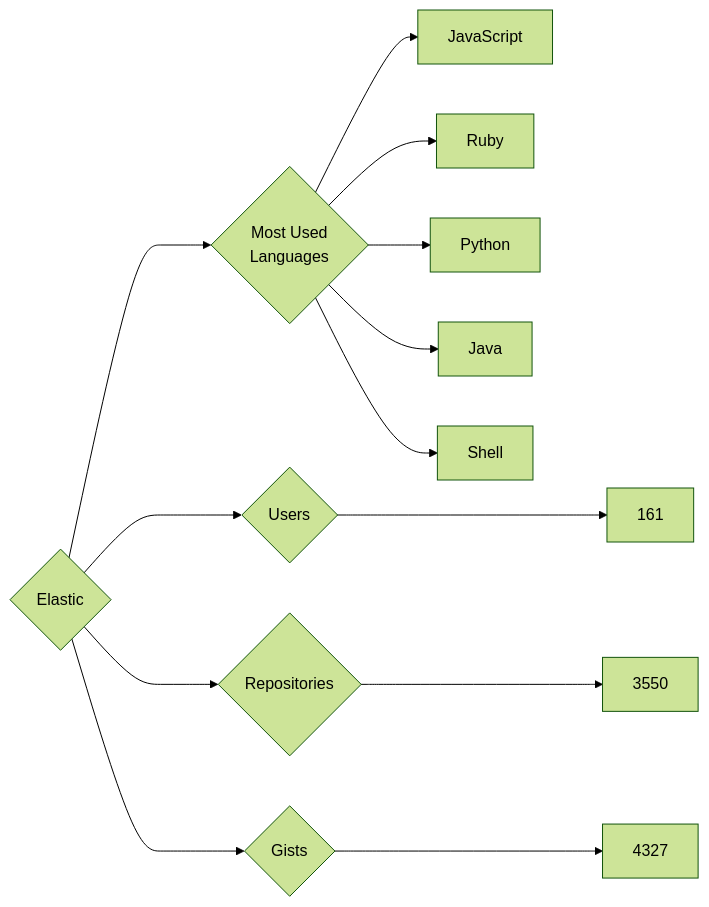
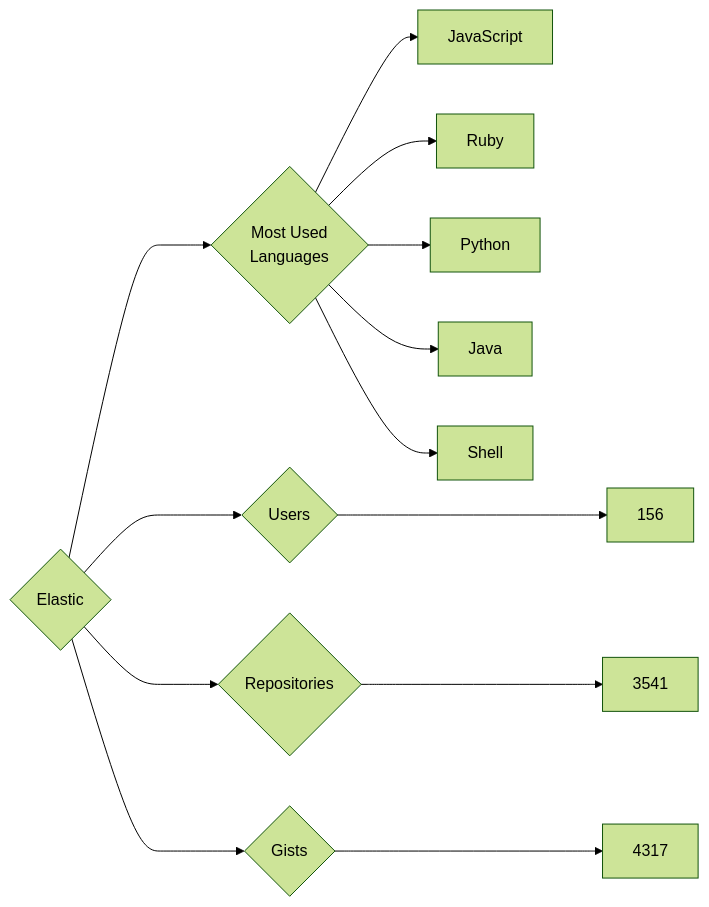
One commit to trickest/insiders changed the diagram in targets/Elastic/README.md. Above: the diagram before and after it, drawn with Mermaid (forest theme). The commit also changed 757 other files, not shown here.

````diff
--- a/targets/Elastic/README.md
+++ b/targets/Elastic/README.md
@@ -3,13 +3,13 @@
 ```mermaid
 graph LR
 COMPANY_NAME{Elastic}
-COMPANY_NAME ---> U{Users} ---> UN[161]
-COMPANY_NAME ---> R{Repositories} ---> RN[3550]
-COMPANY_NAME ---> G{Gists} ---> GN[4327]
+COMPANY_NAME ---> U{Users} ---> UN[156]
+COMPANY_NAME ---> R{Repositories} ---> RN[3541]
+COMPANY_NAME ---> G{Gists} ---> GN[4317]
 COMPANY_NAME ---> ML{Most Used<br>Languages}
 ML --> JavaScript[JavaScript]
 ML --> Ruby[Ruby]
 ML --> Python[Python]
 ML --> Java[Java]
 ML --> Shell[Shell]
 ```
````
